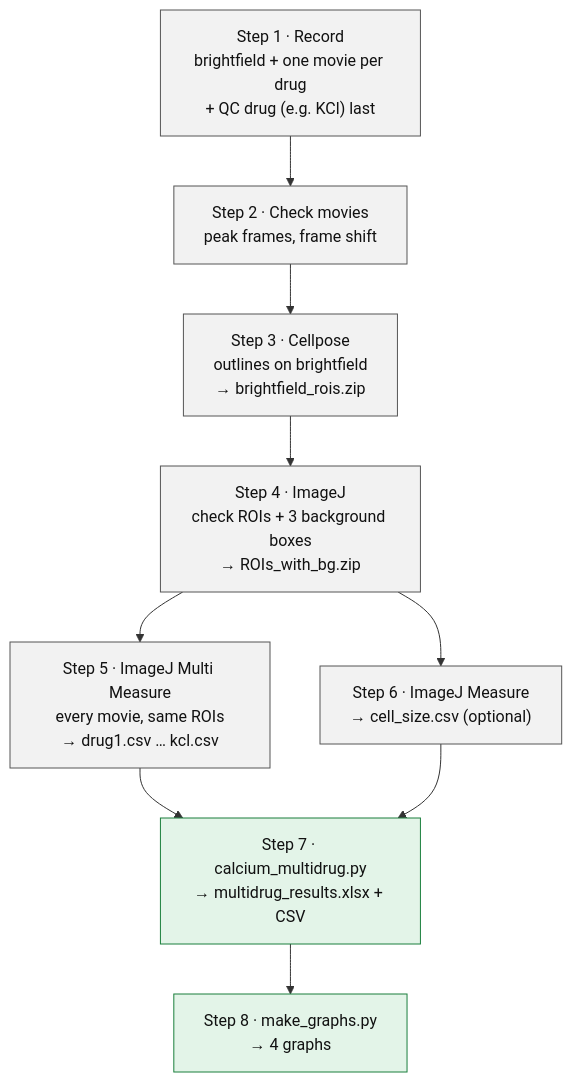
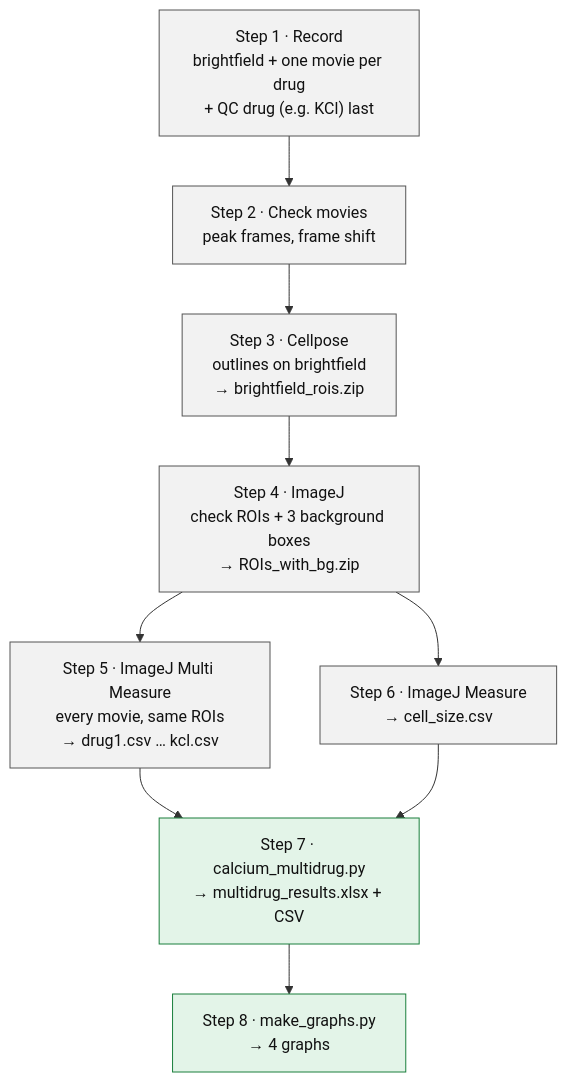
Before and after one commit to yashadarsh1608/calcium-imaging: the first of 2 diagrams in STEPS (1).md, drawn with Mermaid. The commit also changed other lines of this file, not shown here.

Commit message:
Update STEPS (1).md

````diff
--- a/STEPS (1).md
+++ b/STEPS (1).md
@@ -25,13 +25,13 @@
 ```mermaid
 flowchart TD
     R["Step 1 · Record<br/>brightfield + one movie per drug<br/>+ QC drug (e.g. KCl) last"]:::img --> C["Step 2 · Check movies<br/>peak frames, frame shift"]:::img
     C --> S["Step 3 · Cellpose<br/>outlines on brightfield<br/>→ brightfield_rois.zip"]:::img
     S --> B["Step 4 · ImageJ<br/>check ROIs + 3 background boxes<br/>→ ROIs_with_bg.zip"]:::img
     B --> M["Step 5 · ImageJ Multi Measure<br/>every movie, same ROIs<br/>→ drug1.csv … kcl.csv"]:::img
-    B --> Z["Step 6 · ImageJ Measure<br/>→ cell_size.csv (optional)"]:::img
+    B --> Z["Step 6 · ImageJ Measure<br/>→ cell_size.csv"]:::img
     M --> A["Step 7 · calcium_multidrug.py<br/>→ multidrug_results.xlsx + CSV"]:::py
     Z --> A
     A --> G["Step 8 · make_graphs.py<br/>→ 4 graphs"]:::py
     classDef img fill:#f2f2f2,stroke:#555,color:#111
     classDef py fill:#e3f4e8,stroke:#1a7f3c,color:#111
 ```
````
